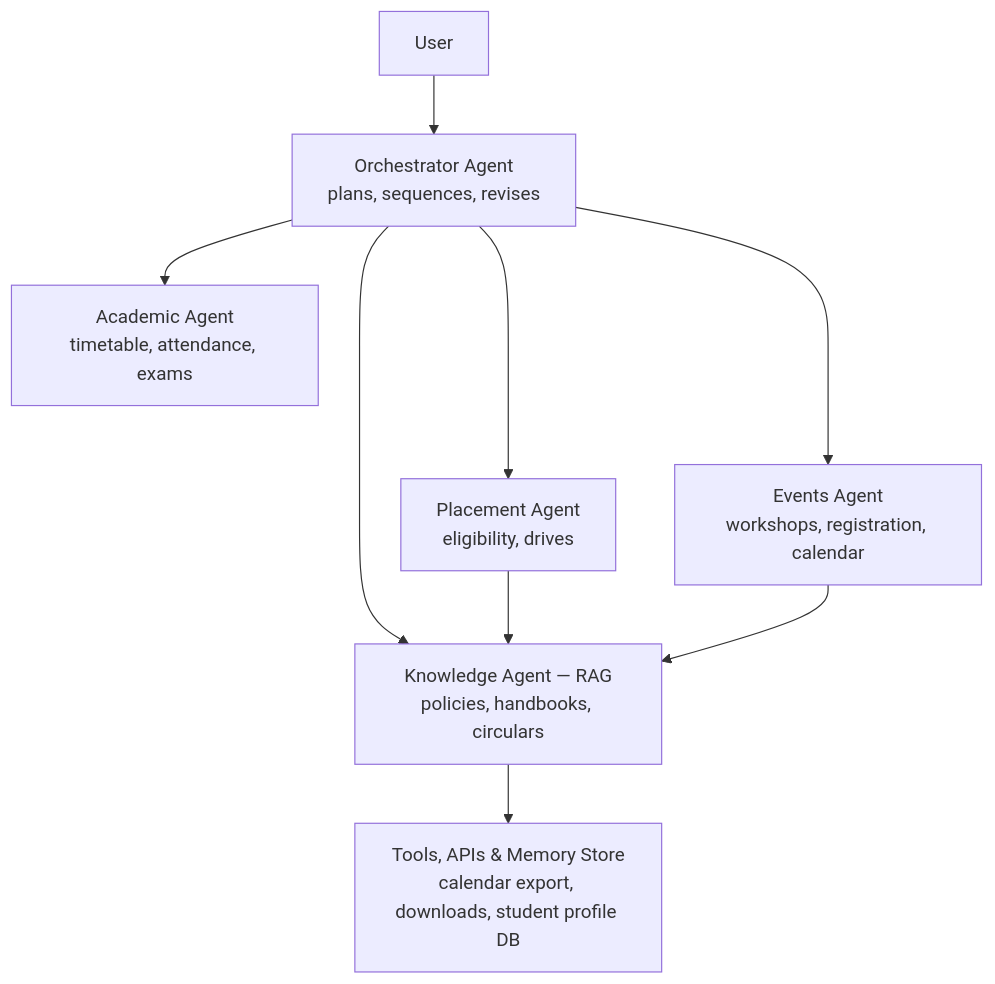
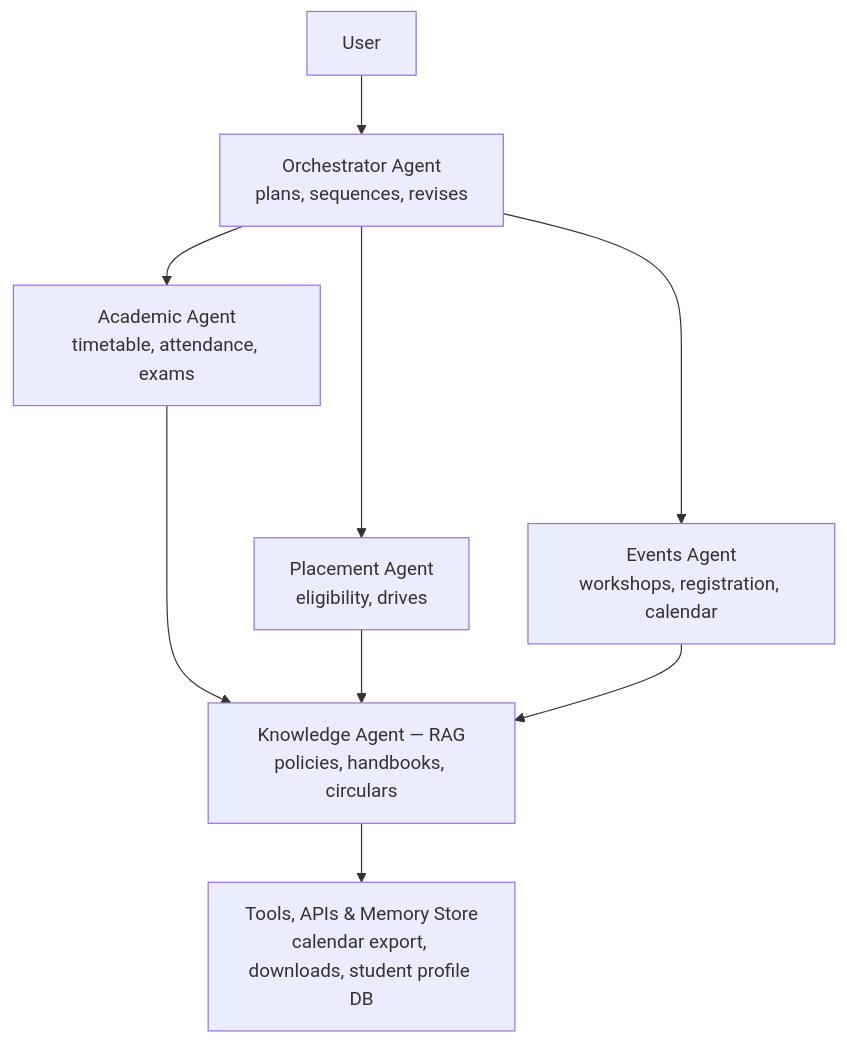
One commit to bhavyavennapusa1-cell/campus_multi_agent changed the diagram in README.md. Above: the diagram before and after it, drawn with Mermaid.

````diff
--- a/README.md
+++ b/README.md
@@ -45,11 +45,11 @@
 ```mermaid
 flowchart TD
     U[User] --> O[Orchestrator Agent<br/>plans, sequences, revises]
     O --> AC[Academic Agent<br/>timetable, attendance, exams]
     O --> PL[Placement Agent<br/>eligibility, drives]
     O --> EV[Events Agent<br/>workshops, registration, calendar]
-    O ----> K[Knowledge Agent — RAG<br/>policies, handbooks, circulars]
+    AC ----> K[Knowledge Agent — RAG<br/>policies, handbooks, circulars]
     PL --> K
     EV --> K
     K --> D[Tools, APIs & Memory Store<br/>calendar export, downloads, student profile DB]
 ```
````
